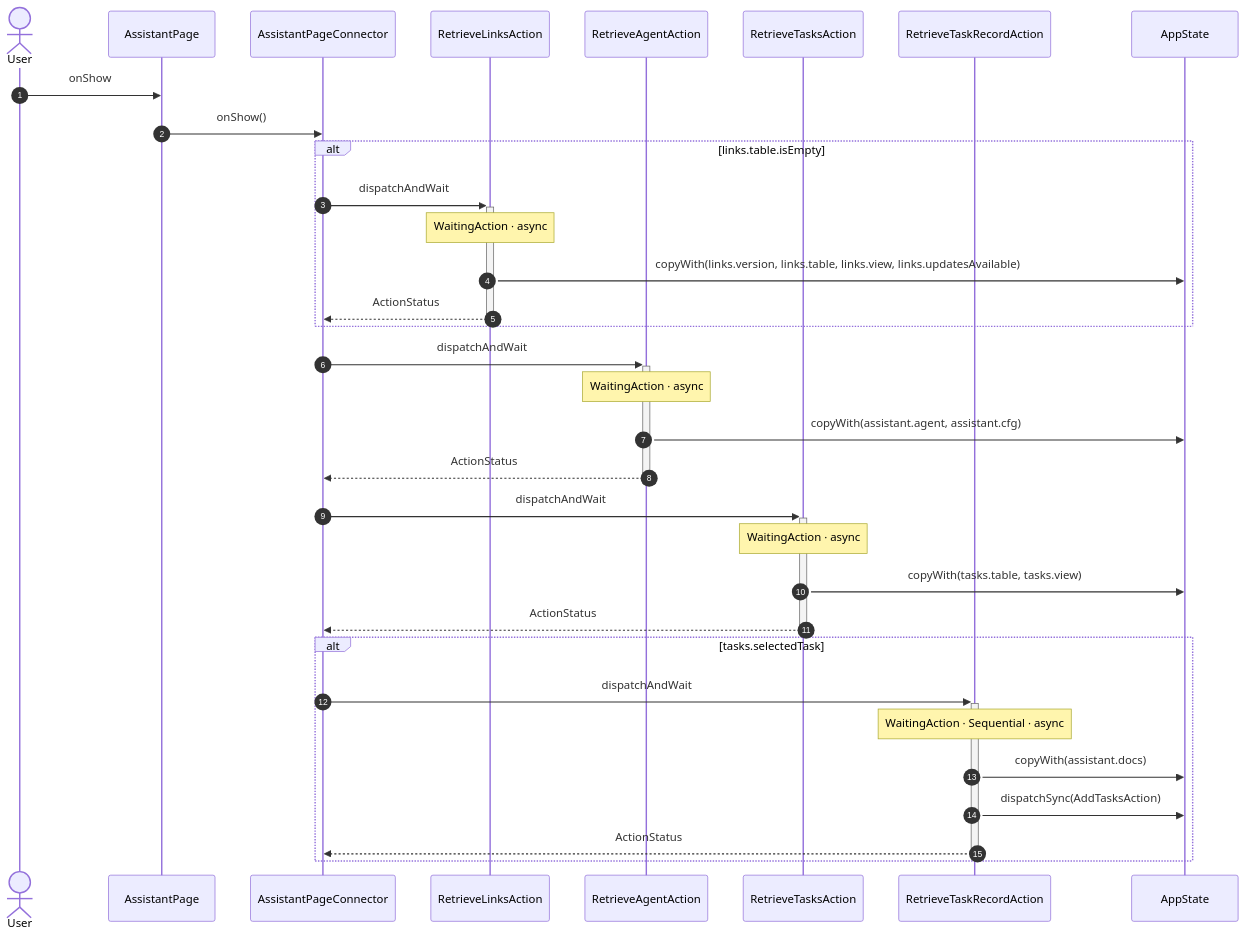
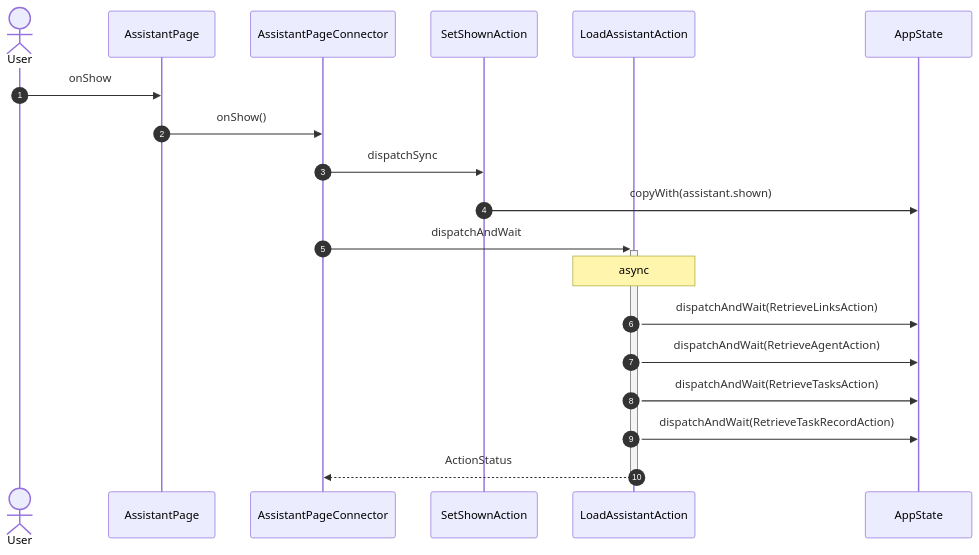
Before and after one commit to gencto/wyrm: the second of 10 diagrams in studio/docs/flows/assistant.md, drawn with Mermaid. The commit also changed other lines of this file and 23 other files, not shown here.

First line of the commit message:
studio: the Assistant counts the steps the agent runs, approves what was shown, and follows the site

````diff
--- a/studio/docs/flows/assistant.md
+++ b/studio/docs/flows/assistant.md
@@ -26,36 +26,22 @@
 ```mermaid
 sequenceDiagram
     autonumber
     actor User
     participant UI as AssistantPage
     participant VM as AssistantPageConnector
-    participant A1 as RetrieveLinksAction
-    participant A2 as RetrieveAgentAction
-    participant A3 as RetrieveTasksAction
-    participant A4 as RetrieveTaskRecordAction
+    participant A1 as SetShownAction
+    participant A2 as LoadAssistantAction
     participant ST as AppState
 
     User->>UI: onShow
     UI->>VM: onShow()
-    alt links.table.isEmpty
-        VM->>+A1: dispatchAndWait
-        Note over A1: WaitingAction · async
-        A1->>ST: copyWith(links.version, links.table, links.view, links.updatesAvailable)
-        A1-->>-VM: ActionStatus
-    end
+    VM->>A1: dispatchSync
+    A1->>ST: copyWith(assistant.shown)
     VM->>+A2: dispatchAndWait
-    Note over A2: WaitingAction · async
-    A2->>ST: copyWith(assistant.agent, assistant.cfg)
+    Note over A2: async
+    A2->>ST: dispatchAndWait(RetrieveLinksAction)
+    A2->>ST: dispatchAndWait(RetrieveAgentAction)
+    A2->>ST: dispatchAndWait(RetrieveTasksAction)
+    A2->>ST: dispatchAndWait(RetrieveTaskRecordAction)
     A2-->>-VM: ActionStatus
-    VM->>+A3: dispatchAndWait
-    Note over A3: WaitingAction · async
-    A3->>ST: copyWith(tasks.table, tasks.view)
-    A3-->>-VM: ActionStatus
-    alt tasks.selectedTask
-        VM->>+A4: dispatchAndWait
-        Note over A4: WaitingAction · Sequential · async
-        A4->>ST: copyWith(assistant.docs)
-        A4->>ST: dispatchSync(AddTasksAction)
-        A4-->>-VM: ActionStatus
-    end
 ```
````
